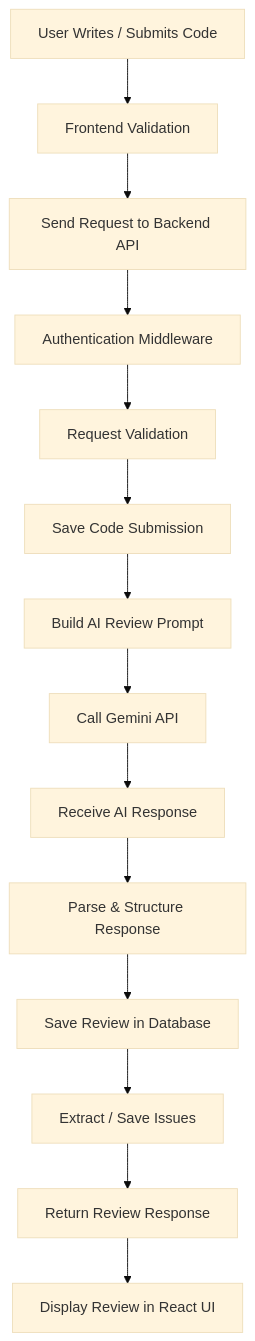
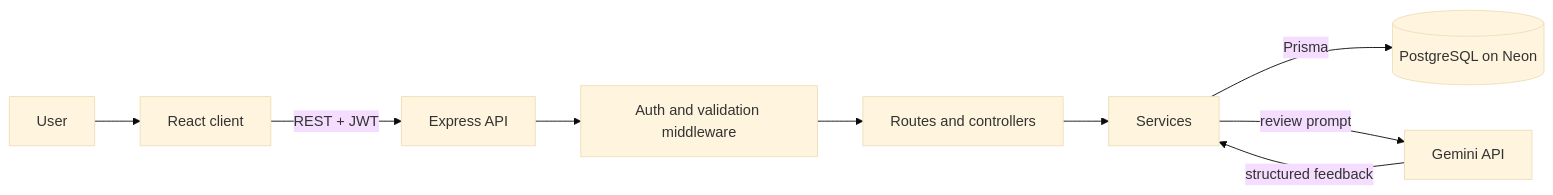
Before and after one commit to sandhir-ishita/code-review-ai: the first of 3 diagrams in README.md, drawn with Mermaid (base theme). The commit also changed other lines of this file, not shown here.

````diff
--- a/README.md
+++ b/README.md
@@ -146,16 +65,11 @@
 ```mermaid
-flowchart TD
-    A[User Writes / Submits Code] --> B[Frontend Validation]
-    B --> C[Send Request to Backend API]
-    C --> D[Authentication Middleware]
-    D --> E[Request Validation]
-    E --> F[Save Code Submission]
-    F --> G[Build AI Review Prompt]
-    G --> H[Call Gemini API]
-    H --> I[Receive AI Response]
-    I --> J[Parse & Structure Response]
-    J --> K[Save Review in Database]
-    K --> L[Extract / Save Issues]
-    L --> M[Return Review Response]
-    M --> N[Display Review in React UI]
+flowchart LR
+    U[User] --> C[React client]
+    C -- REST + JWT --> S[Express API]
+    S --> M[Auth and validation middleware]
+    M --> R[Routes and controllers]
+    R --> SV[Services]
+    SV -- Prisma --> DB[(PostgreSQL on Neon)]
+    SV -- review prompt --> G[Gemini API]
+    G -- structured feedback --> SV
 ```
````
